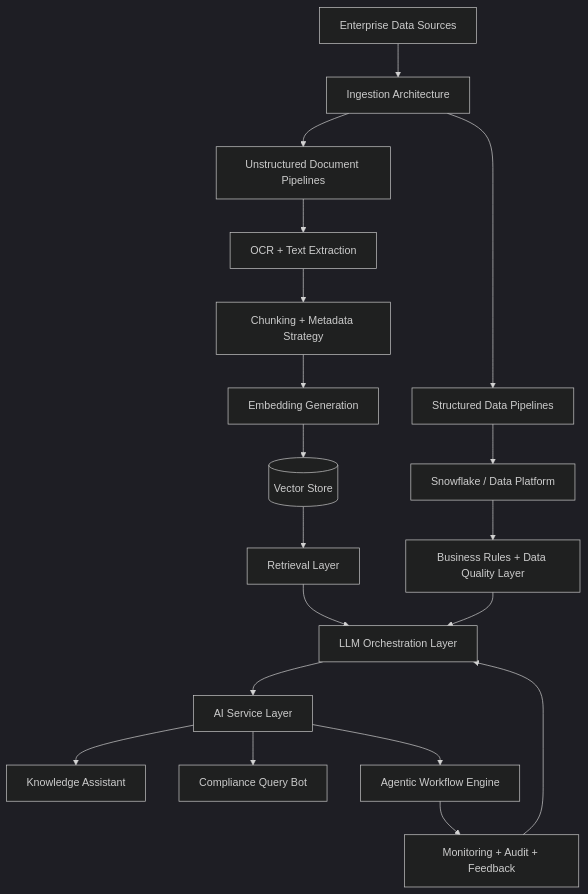
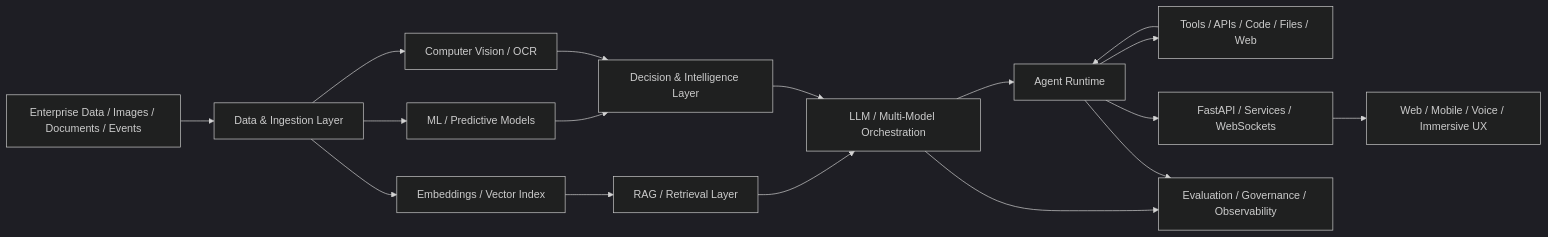
Before and after one commit to dhanumjayasaggurthi/dhanumjayasaggurthi: the diagram in README.md, drawn with Mermaid (dark theme). The commit also changed other lines of this file, not shown here.

````diff
--- a/README.md
+++ b/README.md
@@ -87,29 +52,23 @@
 ```mermaid
-flowchart TD
-    A[Enterprise Data Sources] --> B[Ingestion Architecture]
+flowchart LR
+    A[Enterprise Data / Images / Documents / Events] --> B[Data & Ingestion Layer]
+    B --> C1[ML / Predictive Models]
+    B --> C2[Computer Vision / OCR]
+    B --> C3[Embeddings / Vector Index]
 
-    B --> C1[Structured Data Pipelines]
-    B --> C2[Unstructured Document Pipelines]
+    C1 --> D[Decision & Intelligence Layer]
+    C2 --> D
+    C3 --> E[RAG / Retrieval Layer]
 
-    C1 --> D1[Snowflake / Data Platform]
-    C2 --> D2[OCR + Text Extraction]
+    E --> F[LLM / Multi-Model Orchestration]
+    D --> F
+    F --> G[Agent Runtime]
+    G --> H[Tools / APIs / Code / Files / Web]
+    H --> G
 
-    D2 --> E[Chunking + Metadata Strategy]
-    E --> F[Embedding Generation]
-    F --> G[(Vector Store)]
+    G --> I[FastAPI / Services / WebSockets]
+    I --> J[Web / Mobile / Voice / Immersive UX]
 
-    D1 --> H[Business Rules + Data Quality Layer]
-    G --> I[Retrieval Layer]
-
-    I --> J[LLM Orchestration Layer]
-    H --> J
-
-    J --> K[AI Service Layer]
-
-    K --> L[Knowledge Assistant]
-    K --> M[Compliance Query Bot]
-    K --> N[Agentic Workflow Engine]
-
-    N --> O[Monitoring + Audit + Feedback]
-    O --> J
+    F --> K[Evaluation / Governance / Observability]
+    G --> K
 ```
````
